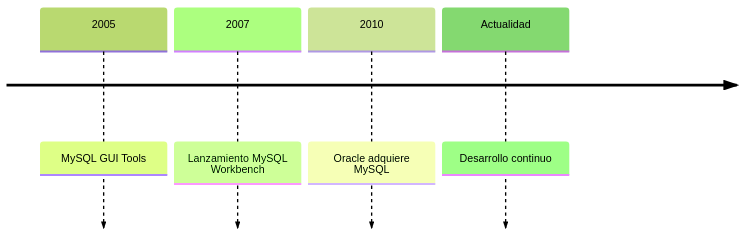
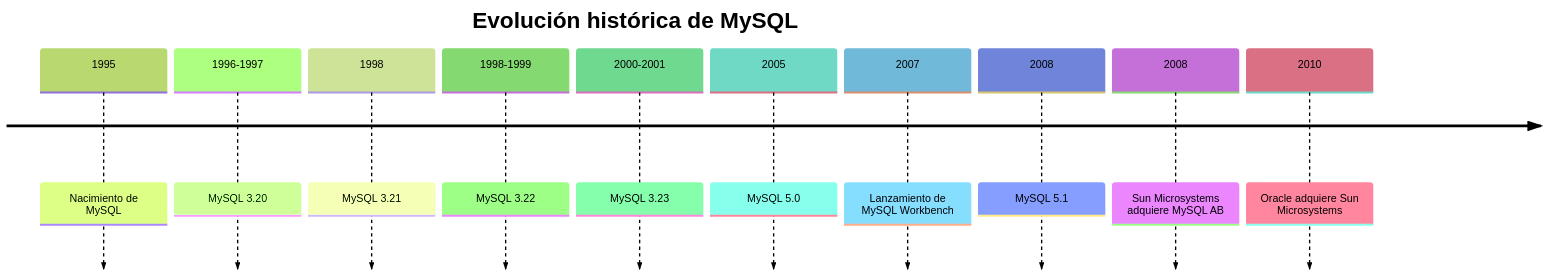
One commit to Velasco-c/Apuntes-personal changed the fifth of 5 diagrams in MySQL/01-MySQL.md. Above: the diagram before and after it, drawn with Mermaid (forest theme). The commit also changed other lines of this file and 2 other files, not shown here.

````diff
--- a/MySQL/01-MySQL.md
+++ b/MySQL/01-MySQL.md
@@ -682,11 +665,14 @@
-```mermaid id="workbench01"
+```mermaid
 timeline
-
-2005 : MySQL GUI Tools
-
-2007 : Lanzamiento MySQL Workbench
-
-2010 : Oracle adquiere MySQL
-
-Actualidad : Desarrollo continuo
+    title Evolución histórica de MySQL
+    1995 : Nacimiento de MySQL
+    1996-1997 : MySQL 3.20
+    1998 : MySQL 3.21
+    1998-1999 : MySQL 3.22
+    2000-2001 : MySQL 3.23
+    2005 : MySQL 5.0
+    2007 : Lanzamiento de MySQL Workbench
+    2008 : MySQL 5.1
+    2008 : Sun Microsystems adquiere MySQL AB
+    2010 : Oracle adquiere Sun Microsystems
 ```
````
